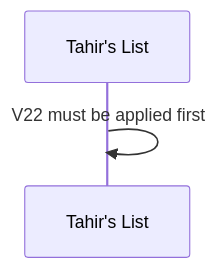
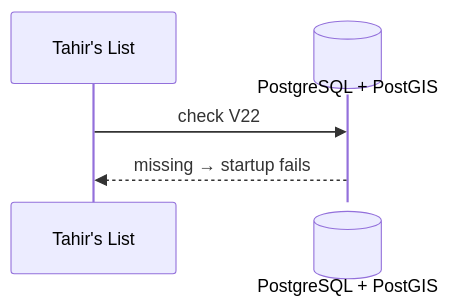
The sixth of 7 diagrams in docs/features/SC-211/04-blackbox/UC-03-load-reviewed-batch.md (Losers-Lab/tahirs-list), drawn with Mermaid before and after one commit. The commit also changed other lines of this file and 10 other files, not shown here.

Commit message:
[SC-211] Apply diagram actor and data-store conventions

````diff
--- a/docs/features/SC-211/04-blackbox/UC-03-load-reviewed-batch.md
+++ b/docs/features/SC-211/04-blackbox/UC-03-load-reviewed-batch.md
@@ -54,5 +62,7 @@
 ```mermaid
 sequenceDiagram
   participant TL as Tahir's List
-  TL->>TL: V22 must be applied first
+  participant DB@{ "type": "database" } as PostgreSQL + PostGIS
+  TL->>DB: check V22
+  DB-->>TL: missing → startup fails
 ```
````
